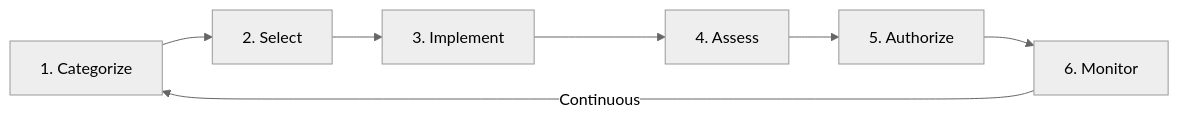
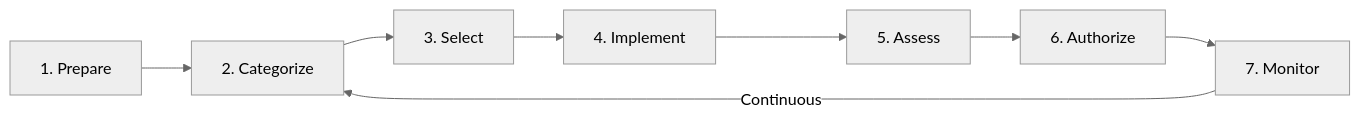
Before and after one commit to shebashio/docs: the second of 2 diagrams in rmf/index.mdx, drawn with Mermaid (neutral theme). The commit also changed other lines of this file and 24 other files, not shown here.

First line of the commit message:
feat(docs): rebrand RMF to ezRMF with updated architecture and new pages

````diff
--- a/rmf/index.mdx
+++ b/rmf/index.mdx
@@ -19,9 +35,10 @@
 ```mermaid
 flowchart LR
-    A["1. Categorize"] --> B["2. Select"]
-    B --> C["3. Implement"]
-    C --> D["4. Assess"]
-    D --> E["5. Authorize"]
-    E --> F["6. Monitor"]
-    F -->|"Continuous"| A
+    A["1. Prepare"] --> B["2. Categorize"]
+    B --> C["3. Select"]
+    C --> D["4. Implement"]
+    D --> E["5. Assess"]
+    E --> F["6. Authorize"]
+    F --> G["7. Monitor"]
+    G -->|"Continuous"| B
 ```
````
